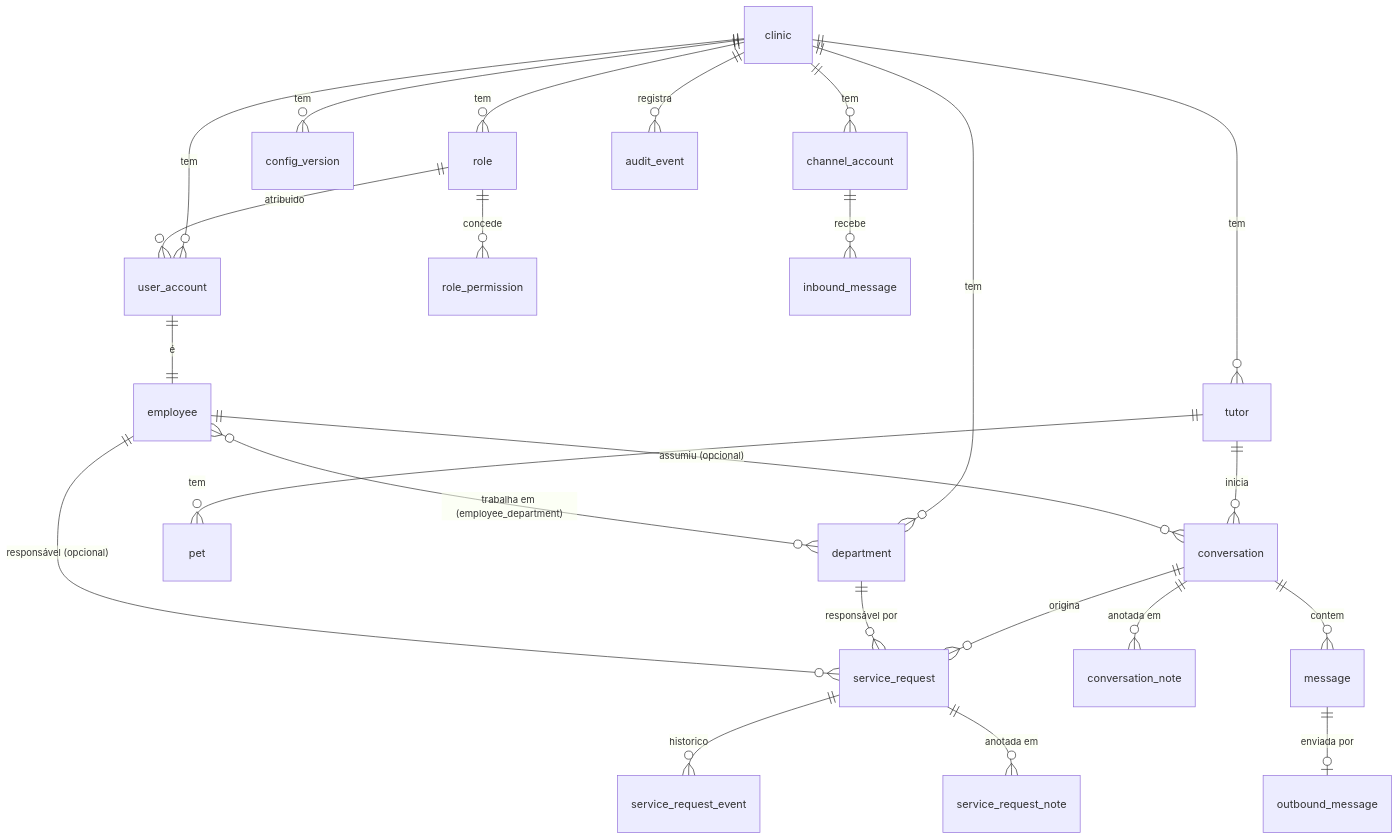
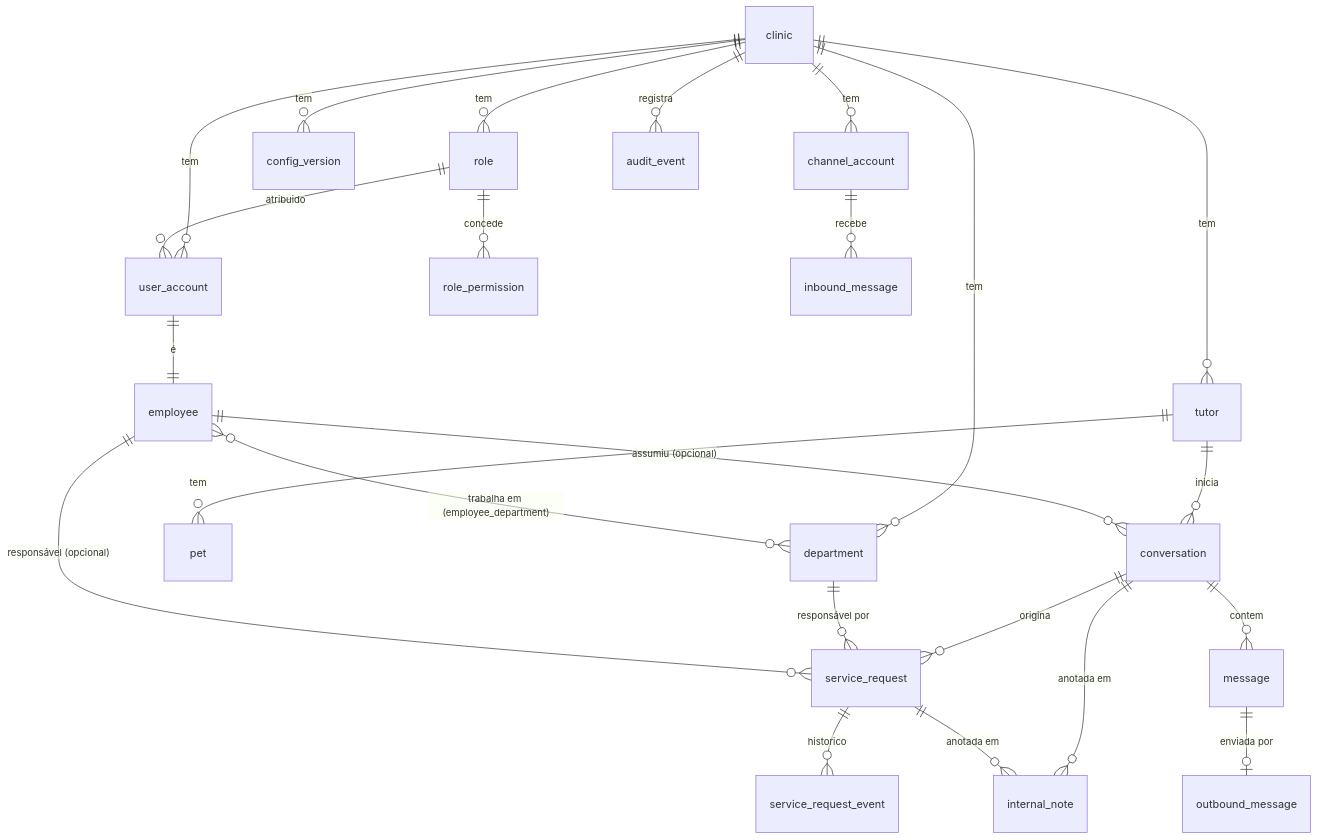
Before and after one commit to tiagolcxt/Centro-Vet-Parque-chatbot: the first of 2 diagrams in docs/architecture/saas-modelo-de-dados.md, drawn with Mermaid. The commit also changed other lines of this file and 83 other files, not shown here.

````diff
--- a/docs/architecture/saas-modelo-de-dados.md
+++ b/docs/architecture/saas-modelo-de-dados.md
@@ -37,26 +37,26 @@
 ```mermaid
 erDiagram
     clinic ||--o{ user_account : tem
     clinic ||--o{ role : tem
     role ||--o{ role_permission : concede
     role ||--o{ user_account : atribuido
     user_account ||--|| employee : "é"
     clinic ||--o{ department : tem
     employee }o--o{ department : "trabalha em (employee_department)"
     clinic ||--o{ config_version : tem
     clinic ||--o{ channel_account : tem
     clinic ||--o{ tutor : tem
     tutor ||--o{ pet : tem
     tutor ||--o{ conversation : "inicia"
     conversation ||--o{ message : contem
-    conversation ||--o{ conversation_note : "anotada em"
+    conversation ||--o{ internal_note : "anotada em"
     conversation ||--o{ service_request : origina
     department ||--o{ service_request : "responsável por"
     employee ||--o{ service_request : "responsável (opcional)"
     employee ||--o{ conversation : "assumiu (opcional)"
     service_request ||--o{ service_request_event : historico
-    service_request ||--o{ service_request_note : "anotada em"
+    service_request ||--o{ internal_note : "anotada em"
     channel_account ||--o{ inbound_message : recebe
     message ||--o| outbound_message : "enviada por"
     clinic ||--o{ audit_event : registra
 ```
````
